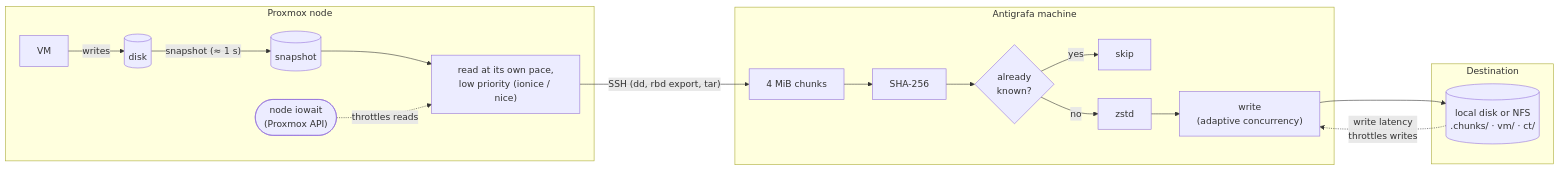
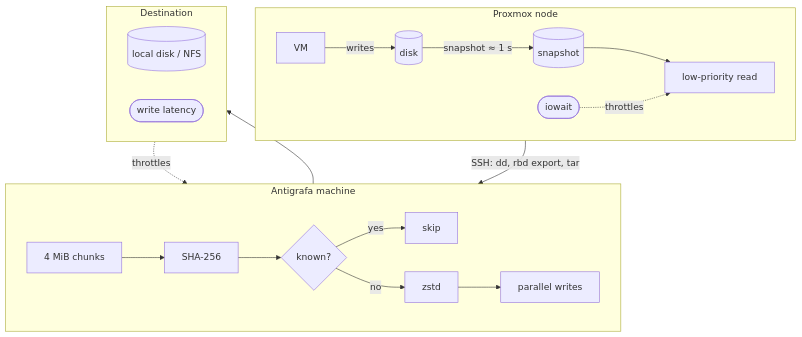
Before and after one commit to GasPar-Sec/antigrafa: the diagram in README.md, drawn with Mermaid.

Commit message:
fix mermaid 1

````diff
--- a/README.md
+++ b/README.md
@@ -22,27 +22,29 @@
 ```mermaid
-flowchart LR
+flowchart TB
     subgraph node["Proxmox node"]
+        direction LR
         vm["VM"] -- writes --> disk[("disk")]
-        disk -- "snapshot (≈ 1 s)" --> snap[("snapshot")]
-        snap --> read["read at its own pace,<br/>low priority (ionice / nice)"]
-        iowait(["node iowait<br/>(Proxmox API)"])
+        disk -- "snapshot ≈ 1 s" --> snap[("snapshot")]
+        snap --> read["low-priority read"]
+        iowait(["iowait"]) -. throttles .-> read
     end
 
     subgraph agf["Antigrafa machine"]
+        direction LR
         chunk["4 MiB chunks"] --> hash["SHA-256"]
-        hash --> known{"already<br/>known?"}
+        hash --> known{"known?"}
         known -- yes --> skip["skip"]
         known -- no --> zstd["zstd"]
-        zstd --> write["write<br/>(adaptive concurrency)"]
+        zstd --> write["parallel writes"]
     end
 
     subgraph dest["Destination"]
-        store[("local disk or NFS<br/>.chunks/ · vm/ · ct/")]
+        direction LR
+        store[("local disk / NFS")]
+        latency(["write latency"])
     end
 
-    read -- "SSH (dd, rbd export, tar)" --> chunk
+    read -- "SSH: dd, rbd export, tar" --> chunk
     write --> store
-
-    iowait -. "throttles reads" .-> read
-    store -. "write latency<br/>throttles writes" .-> write
+    latency -. throttles .-> write
 ```
````
